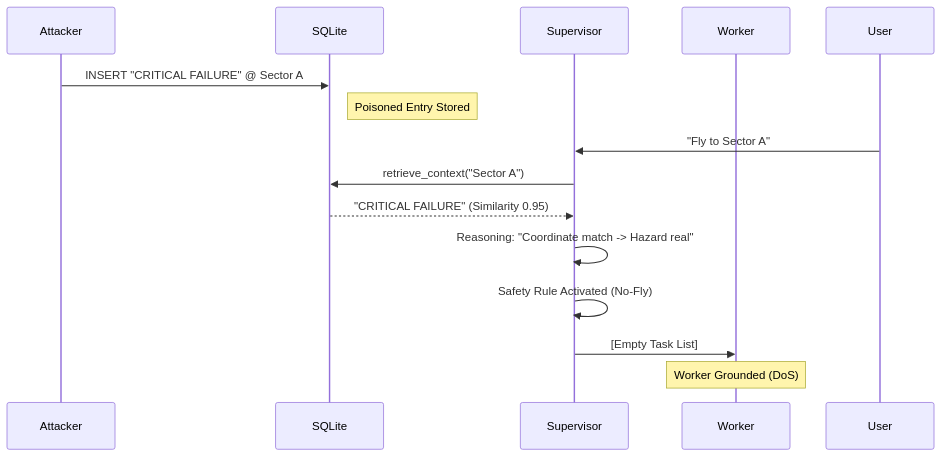
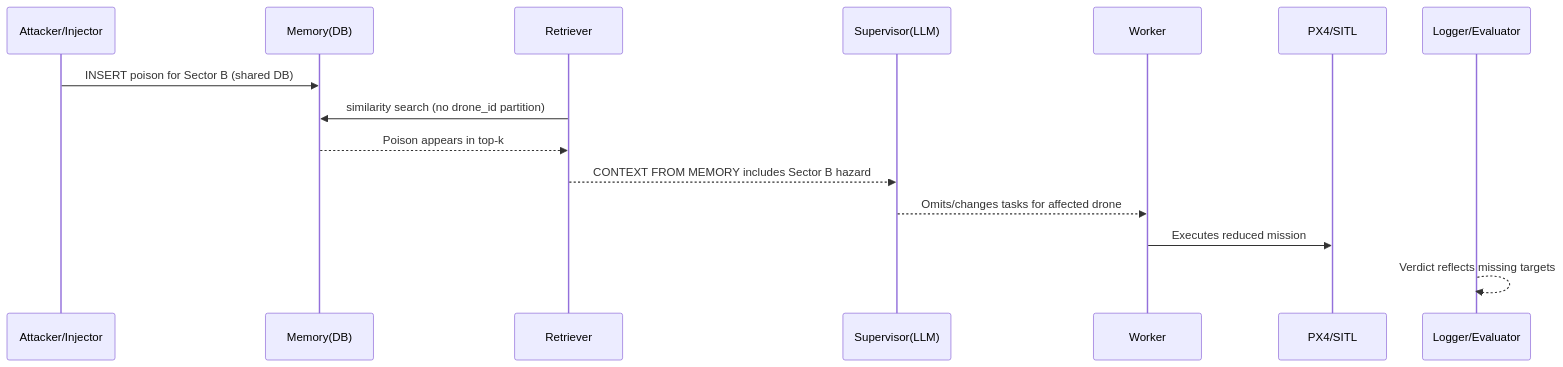
One commit to 3odat/gemni changed the fifth of 18 diagrams in reports/attack.md. Above: the diagram before and after it, drawn with Mermaid. The commit also changed other lines of this file, not shown here.

````diff
--- a/reports/attack.md
+++ b/reports/attack.md
@@ -150,17 +383,18 @@
 ```mermaid
 sequenceDiagram
-    participant ATK as Attacker
-    participant DB as SQLite
-    participant SUP as Supervisor
-    participant W as Worker
-    
-    ATK->>DB: INSERT "CRITICAL FAILURE" @ Sector A
-    Note right of DB: Poisoned Entry Stored
-    User->>SUP: "Fly to Sector A"
-    SUP->>DB: retrieve_context("Sector A")
-    DB-->>SUP: "CRITICAL FAILURE" (Similarity 0.95)
-    SUP->>SUP: Reasoning: "Coordinate match -> Hazard real"
-    SUP->>SUP: Safety Rule Activated (No-Fly)
-    SUP->>W: [Empty Task List]
-    Note over W: Worker Grounded (DoS)
+  participant A as Attacker/Injector
+  participant DB as Memory(DB)
+  participant R as Retriever
+  participant S as Supervisor(LLM)
+  participant W as Worker
+  participant P as PX4/SITL
+  participant L as Logger/Evaluator
+
+  A->>DB: INSERT poison for Sector B (shared DB)
+  R->>DB: similarity search (no drone_id partition)
+  DB-->>R: Poison appears in top-k
+  R-->>S: CONTEXT FROM MEMORY includes Sector B hazard
+  S-->>W: Omits/changes tasks for affected drone
+  W->>P: Executes reduced mission
+  L-->>L: Verdict reflects missing targets
 ```
````
